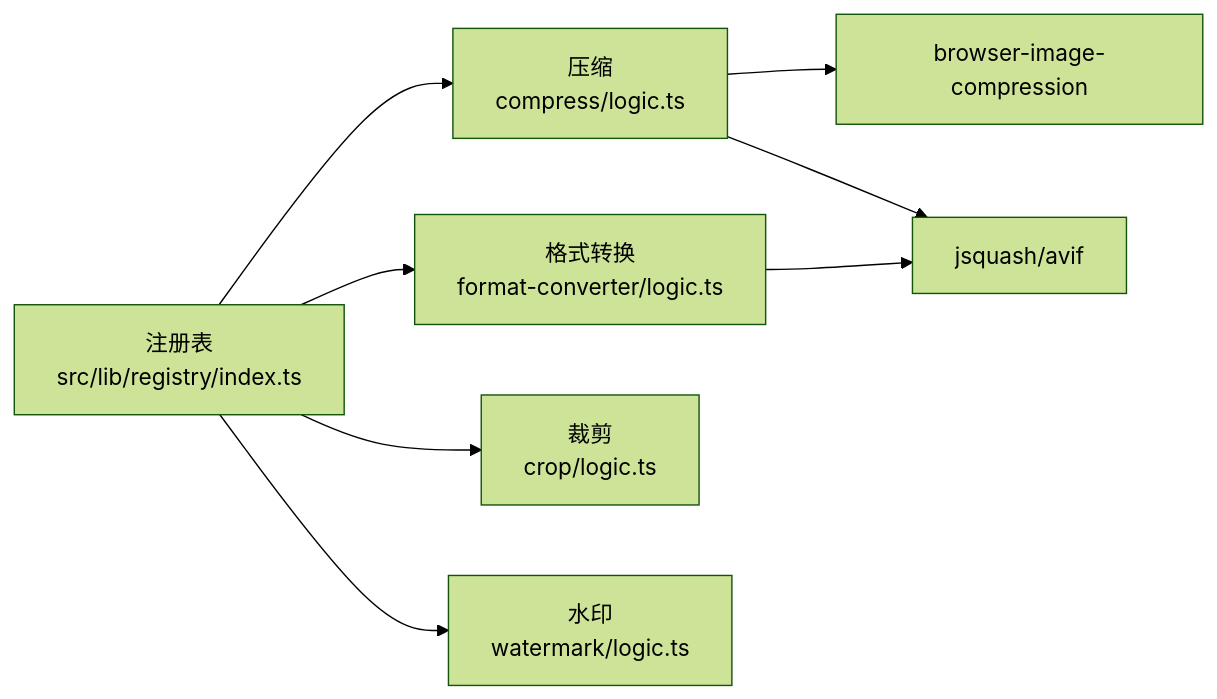
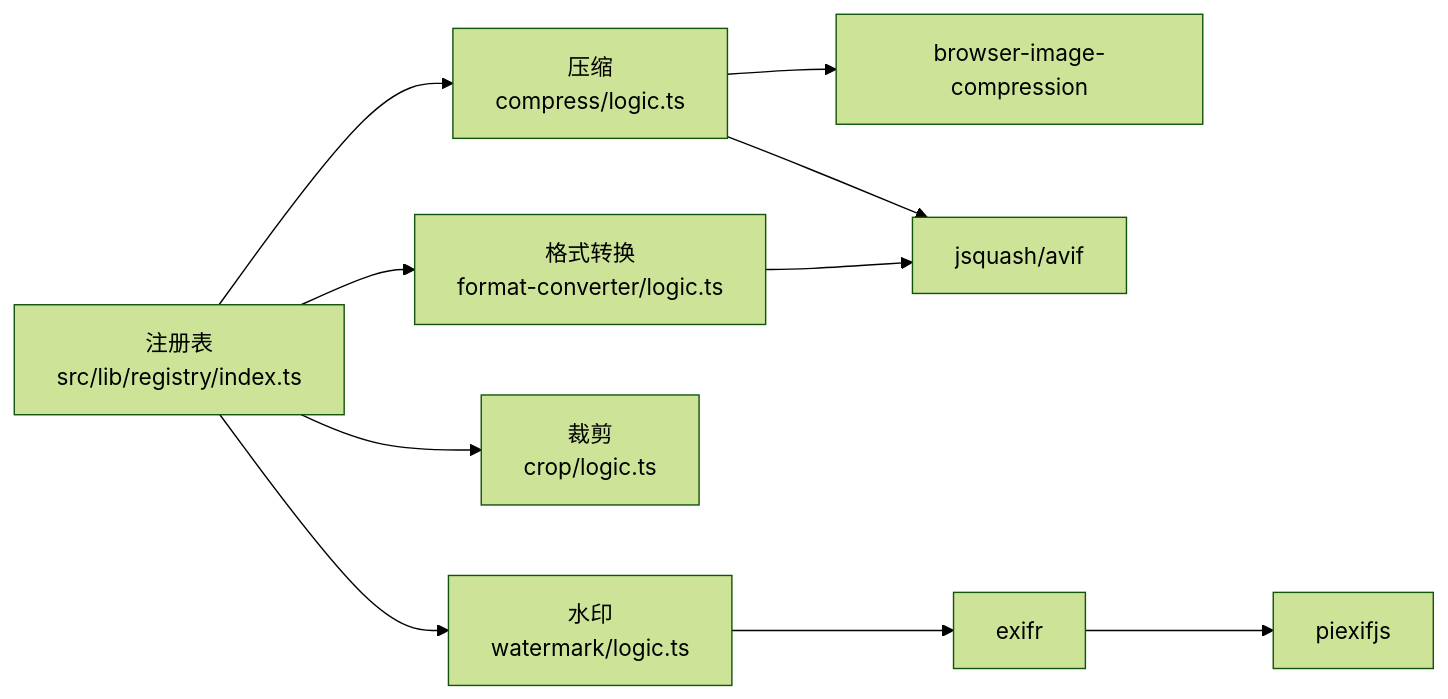
The sixth of 6 diagrams in .qoder/repowiki/zh/content/图像工具/图像工具.md (sgyy/privadeck), drawn with Mermaid (forest theme) before and after one commit. The commit also changed other lines of this file and 2 other files, not shown here.

````diff
--- a/.qoder/repowiki/zh/content/图像工具/图像工具.md
+++ b/.qoder/repowiki/zh/content/图像工具/图像工具.md
@@ -348,17 +481,21 @@
 ```mermaid
 graph LR
 REG["注册表<br/>src/lib/registry/index.ts"]
 COMP["压缩<br/>compress/logic.ts"]
 FMT["格式转换<br/>format-converter/logic.ts"]
 CROP["裁剪<br/>crop/logic.ts"]
 WM["水印<br/>watermark/logic.ts"]
 BIC["browser-image-compression"]
 JSQ["jsquash/avif"]
+EXIFR["exifr"]
+PIEXIF["piexifjs"]
 REG --> COMP
 REG --> FMT
 REG --> CROP
 REG --> WM
 COMP --> BIC
 FMT --> JSQ
 COMP --> JSQ
+WM --> EXIFR
+EXIFR --> PIEXIF
 ```
````
